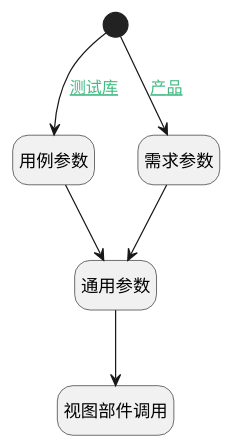
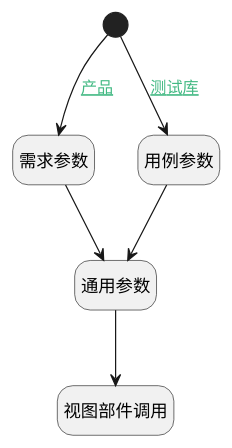
The diagram in doc/docsify/module/TestMgmt/review/uilogic/create_category.md (iBizLab/plm), drawn with PlantUML before and after one commit. The commit also changed other lines of this file and 1473 other files, not shown here.

````diff
--- a/doc/docsify/module/TestMgmt/review/uilogic/create_category.md
+++ b/doc/docsify/module/TestMgmt/review/uilogic/create_category.md
@@ -7,26 +7,26 @@
 ```plantuml
 @startuml
 hide footbox
 <style>
 root {
   HyperlinkColor #42b983
 }
 </style>
 
 hide empty description
 state "开始" as Begin <<start>> [[$./create_category#begin {开始}]]
-state "用例参数" as PREPAREJSPARAM1  [[$./create_category#preparejsparam1 {用例参数}]]
 state "视图部件调用" as VIEWCTRLINVOKE1  [[$./create_category#viewctrlinvoke1 {视图部件调用}]]
 state "需求参数" as PREPAREJSPARAM2  [[$./create_category#preparejsparam2 {需求参数}]]
 state "通用参数" as PREPAREJSPARAM3  [[$./create_category#preparejsparam3 {通用参数}]]
+state "用例参数" as PREPAREJSPARAM1  [[$./create_category#preparejsparam1 {用例参数}]]
 
 
 Begin --> PREPAREJSPARAM1 : [[$./create_category#begin-preparejsparam1{测试库} 测试库]]
 PREPAREJSPARAM1 --> PREPAREJSPARAM3
 PREPAREJSPARAM3 --> VIEWCTRLINVOKE1
 Begin --> PREPAREJSPARAM2 : [[$./create_category#begin-preparejsparam2{产品} 产品]]
 PREPAREJSPARAM2 --> PREPAREJSPARAM3
 
 
 @enduml
 ```
````
